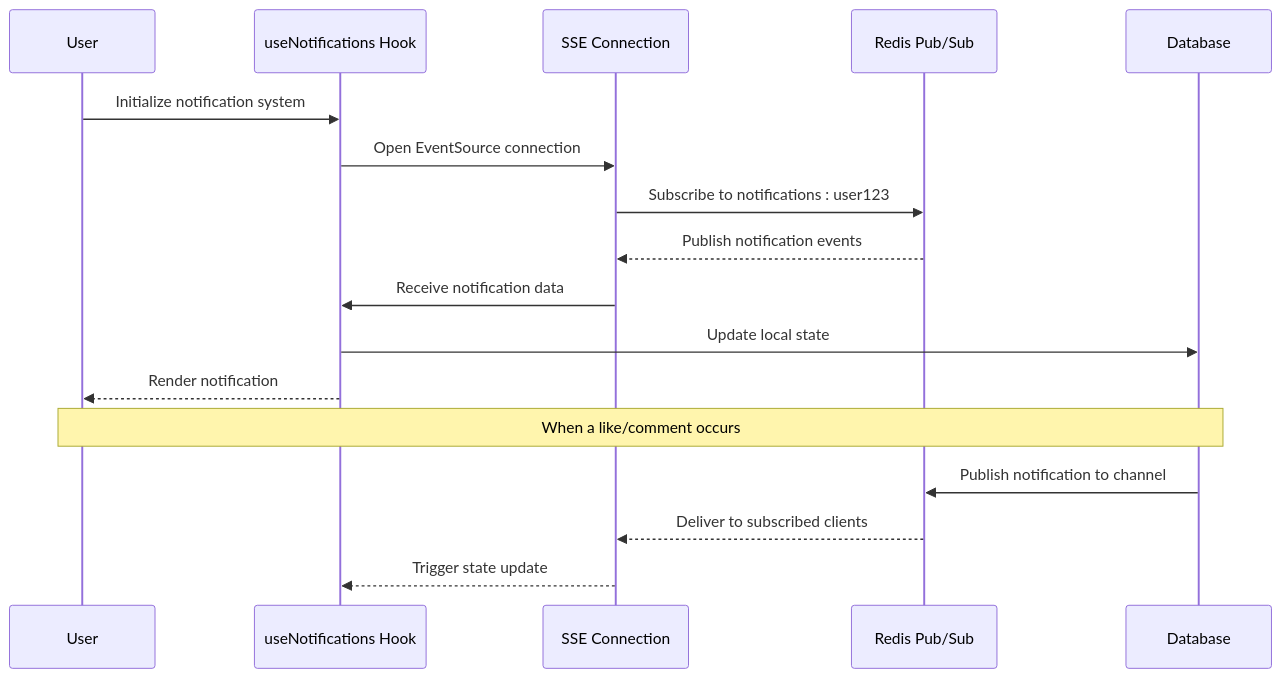
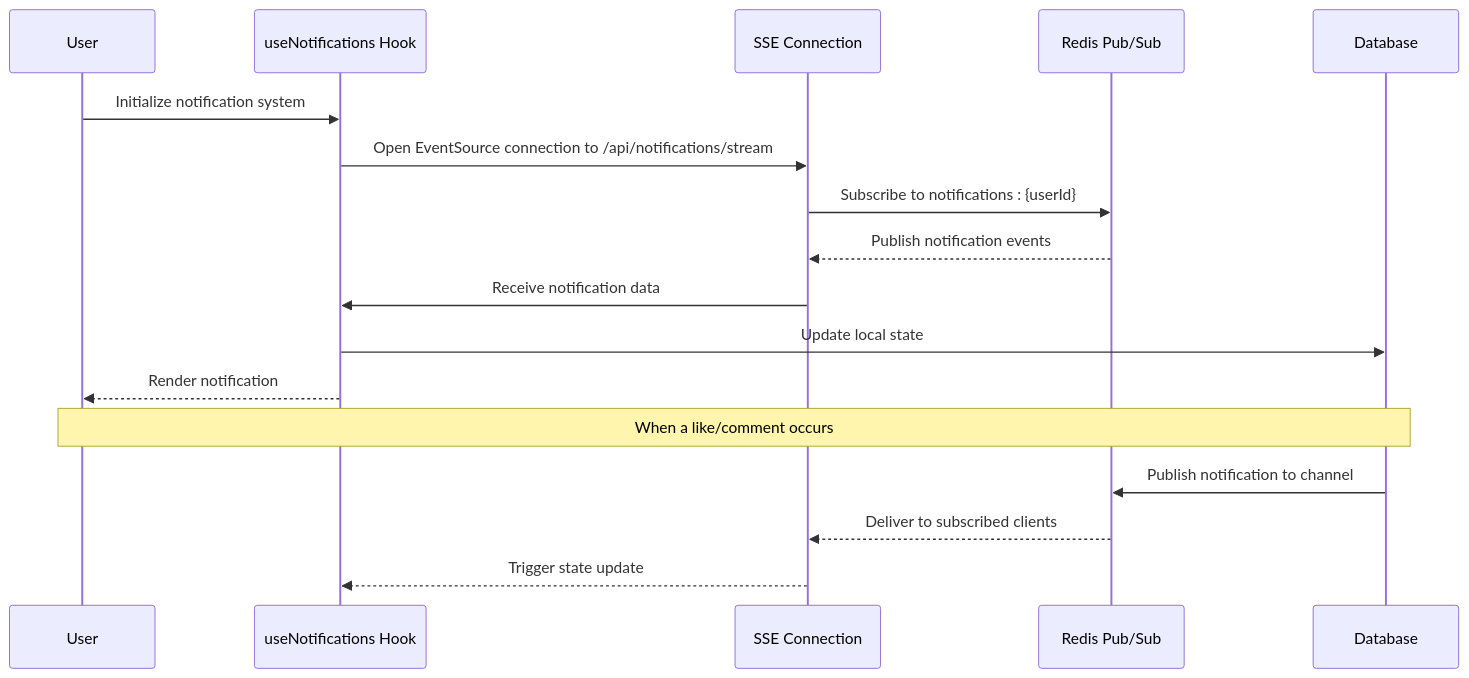
The sixth of 12 diagrams in .qoder/repowiki/en/content/Frontend Components/Social Interaction System.md (jrj444/git-daily), drawn with Mermaid before and after one commit. The commit also changed other lines of this file and 6 other files, not shown here.

````diff
--- a/.qoder/repowiki/en/content/Frontend Components/Social Interaction System.md
+++ b/.qoder/repowiki/en/content/Frontend Components/Social Interaction System.md
@@ -255,19 +283,19 @@
 ```mermaid
 sequenceDiagram
 participant User as User
 participant Hook as useNotifications Hook
 participant SSE as SSE Connection
 participant Redis as Redis Pub/Sub
 participant DB as Database
 User->>Hook : Initialize notification system
-Hook->>SSE : Open EventSource connection
-SSE->>Redis : Subscribe to notifications : user123
+Hook->>SSE : Open EventSource connection to /api/notifications/stream
+SSE->>Redis : Subscribe to notifications : {userId}
 Redis-->>SSE : Publish notification events
 SSE->>Hook : Receive notification data
 Hook->>DB : Update local state
 Hook-->>User : Render notification
 Note over User,DB : When a like/comment occurs
 DB->>Redis : Publish notification to channel
 Redis-->>SSE : Deliver to subscribed clients
 SSE-->>Hook : Trigger state update
 ```
````
